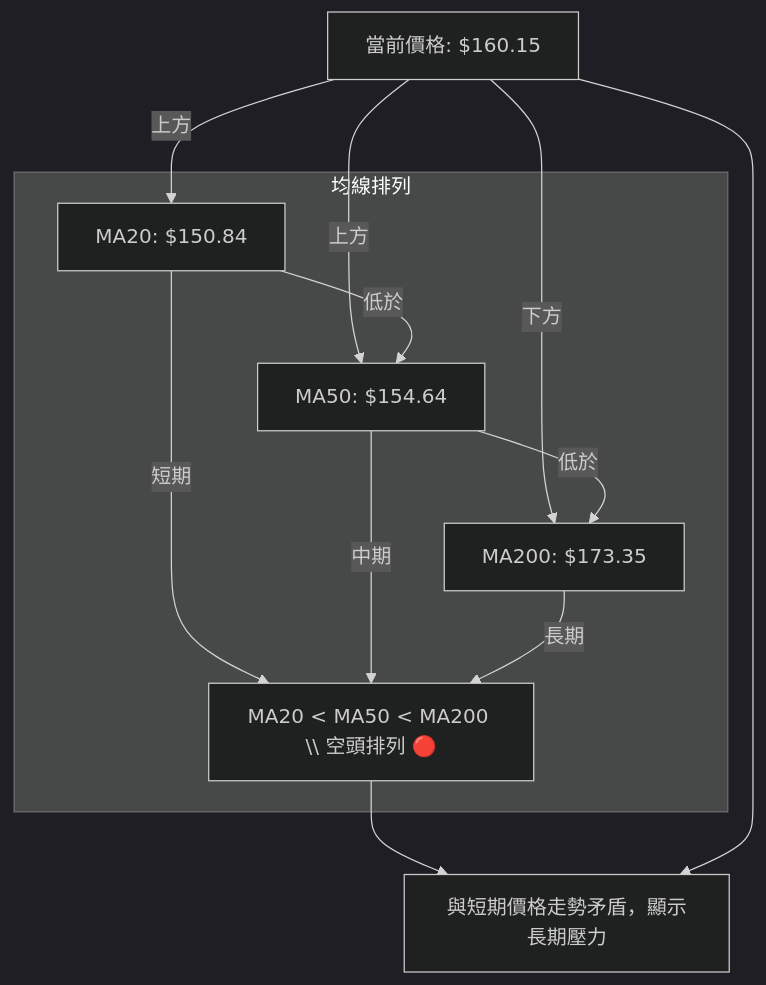
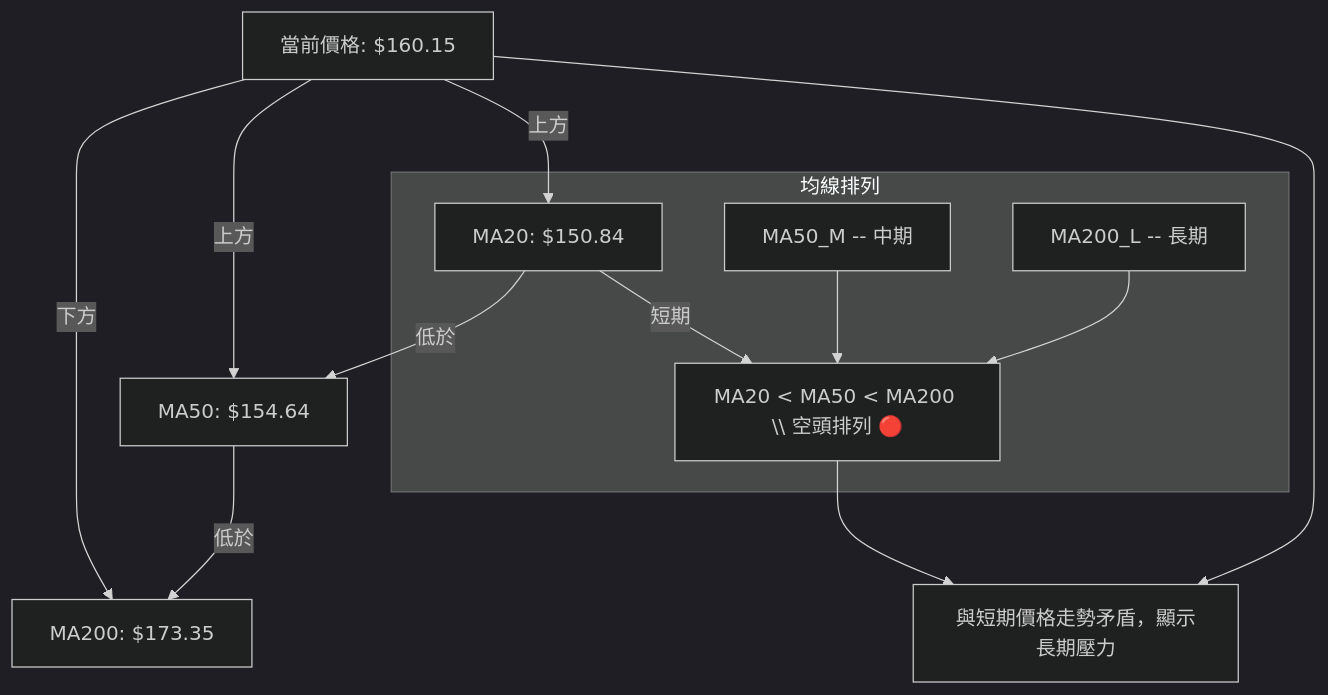
Before and after one commit to yennanliu/finance_data: the sixth of 7 diagrams in ai_gen_report/stock/vst/technical_analysis_2026-05-28_gemini.md, drawn with Mermaid (dark theme). The commit also changed other lines of this file and 2258 other files, not shown here.

First line of the commit message:
chore: backfill Mermaid syntax repair across existing reports

````diff
--- a/ai_gen_report/stock/vst/technical_analysis_2026-05-28_gemini.md
+++ b/ai_gen_report/stock/vst/technical_analysis_2026-05-28_gemini.md
@@ -461,23 +461,23 @@
 ```mermaid
 graph TD
-    MA20_S[MA20: $150.84]
-    MA50_M[MA50: $154.64]
-    MA200_L[MA200: $173.35]
-    PRICE[當前價格: $160.15]
+    MA20_S["MA20: $150.84"]
+    MA50_M["MA50: $154.64"]
+    MA200_L["MA200: $173.35"]
+    PRICE["當前價格: $160.15"]
 
-    PRICE -->|上方| MA20_S
-    PRICE -->|上方| MA50_M
-    PRICE -->|下方| MA200_L
+    PRICE -->|"上方"| MA20_S
+    PRICE -->|"上方"| MA50_M
+    PRICE -->|"下方"| MA200_L
 
-    MA20_S -->|低於| MA50_M
-    MA50_M -->|低於| MA200_L
+    MA20_S -->|"低於"| MA50_M
+    MA50_M -->|"低於"| MA200_L
 
     subgraph MA_ALIGNMENT ["均線排列"]
-        MA20_S -- "短期" --> MA_BEAR[MA20 < MA50 < MA200 \\ 空頭排列 🔴]
-        MA50_M -- "中期" --> MA_BEAR
-        MA200_L -- "長期" --> MA_BEAR
+        MA20_S -- "短期" --> MA_BEAR["MA20 < MA50 < MA200 \\ 空頭排列 🔴"]
+        nb1["MA50_M -- "中期""] --> MA_BEAR
+        nb2["MA200_L -- "長期""] --> MA_BEAR
     end
 
-    MA_BEAR --> CONFLICT[與短期價格走勢矛盾，顯示長期壓力]
+    MA_BEAR --> CONFLICT["與短期價格走勢矛盾，顯示長期壓力"]
     PRICE --> CONFLICT
 ```
````
